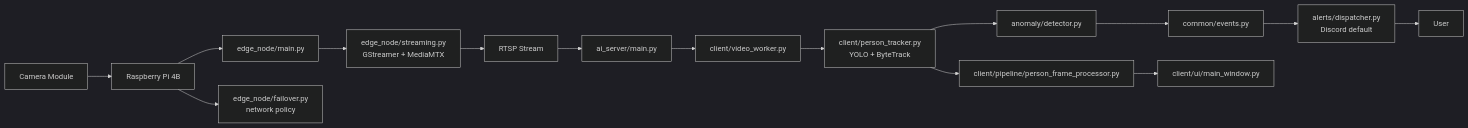
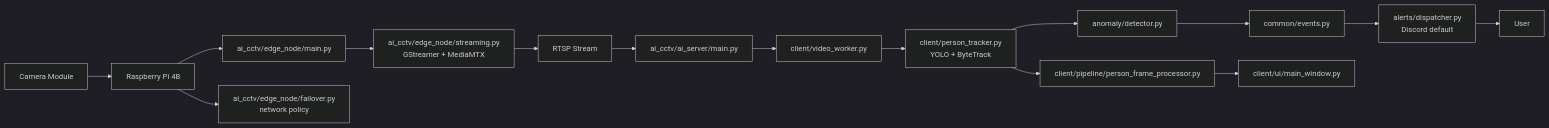
One commit to taegyu-heo-bigstar/AI_CCTV changed the first of 2 diagrams in inst/flow.md. Above: the diagram before and after it, drawn with Mermaid (dark theme). The commit also changed other lines of this file and 31 other files, not shown here.

````diff
--- a/inst/flow.md
+++ b/inst/flow.md
@@ -52,17 +51,17 @@
 ```mermaid
 flowchart LR
     Camera["Camera Module"] --> Pi["Raspberry Pi 4B"]
-    Pi --> EdgeMain["edge_node/main.py"]
-    EdgeMain --> GStreamer["edge_node/streaming.py<br/>GStreamer + MediaMTX"]
-    Pi --> Failover["edge_node/failover.py<br/>network policy"]
+    Pi --> EdgeMain["ai_cctv/edge_node/main.py"]
+    EdgeMain --> GStreamer["ai_cctv/edge_node/streaming.py<br/>GStreamer + MediaMTX"]
+    Pi --> Failover["ai_cctv/edge_node/failover.py<br/>network policy"]
     GStreamer --> RTSP["RTSP Stream"]
-    RTSP --> Windows["ai_server/main.py"]
+    RTSP --> Windows["ai_cctv/ai_server/main.py"]
     Windows --> VideoWorker["client/video_worker.py"]
     VideoWorker --> Tracker["client/person_tracker.py<br/>YOLO + ByteTrack"]
     Tracker --> Processor["client/pipeline/person_frame_processor.py"]
     Tracker --> Anomaly["anomaly/detector.py"]
     Anomaly --> CommonEvent["common/events.py"]
     CommonEvent --> Alerts["alerts/dispatcher.py<br/>Discord default"]
     Alerts --> User["User"]
     Processor --> GUI["client/ui/main_window.py"]
 ```
````
